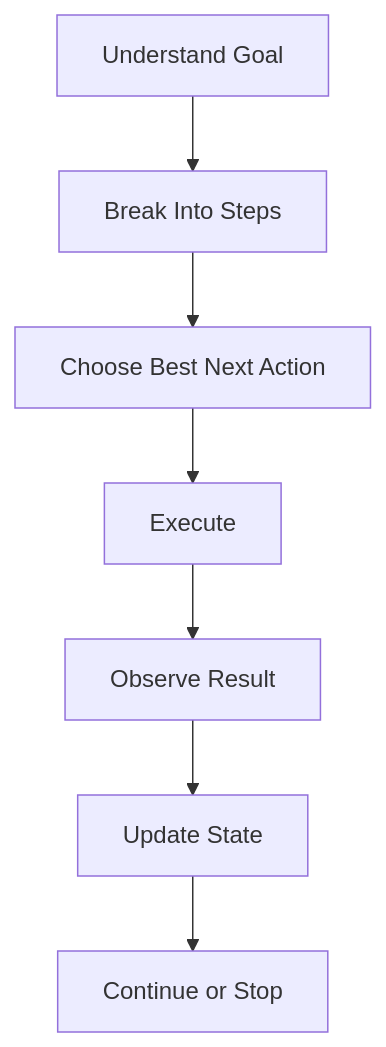
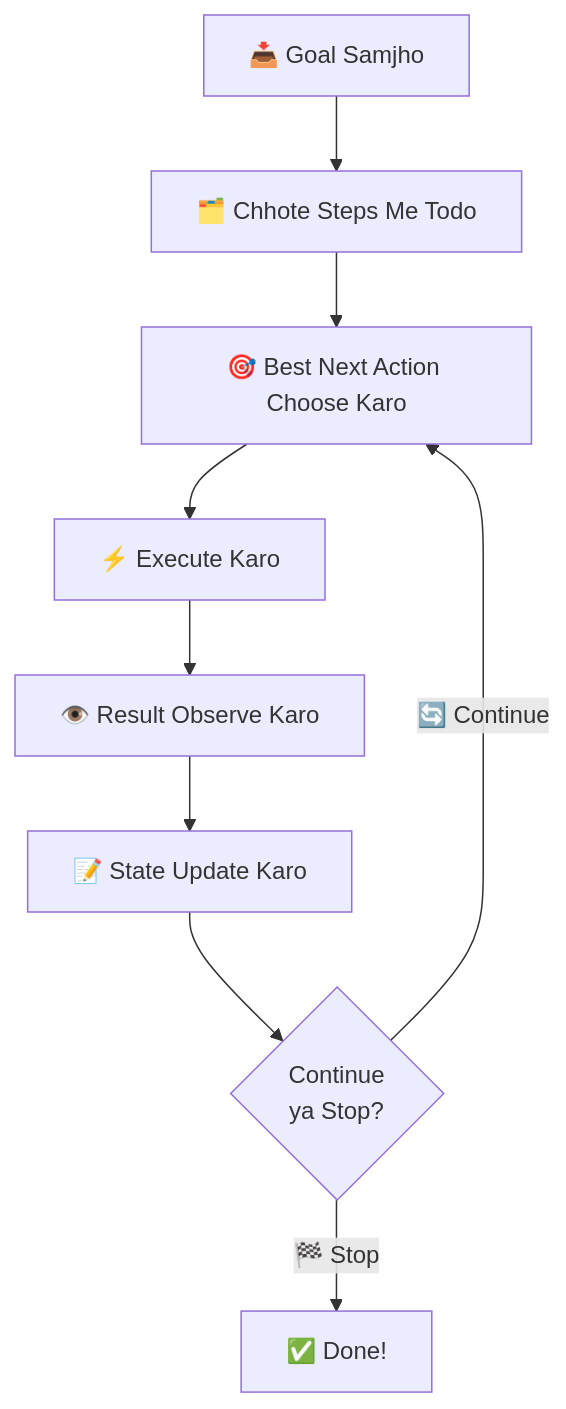
The fifth of 15 diagrams in docs/ai/Agentic_AI_Guide.md (Sameer-Malik20/SusaGPT-Build-LLM-From-Scratch-With-Hinglish-Learning-Material), drawn with Mermaid before and after one commit. The commit also changed other lines of this file and 10 other files, not shown here.

````diff
--- a/docs/ai/Agentic_AI_Guide.md
+++ b/docs/ai/Agentic_AI_Guide.md
@@ -123,9 +138,11 @@
 ```mermaid
 flowchart TD
-    A[Understand Goal] --> B[Break Into Steps]
-    B --> C[Choose Best Next Action]
-    C --> D[Execute]
-    D --> E[Observe Result]
-    E --> F[Update State]
-    F --> G[Continue or Stop]
+    A["📥 Goal Samjho"] --> B["🗂️ Chhote Steps Me Todo"]
+    B --> C["🎯 Best Next Action Choose Karo"]
+    C --> D["⚡ Execute Karo"]
+    D --> E["👁️ Result Observe Karo"]
+    E --> F["📝 State Update Karo"]
+    F --> G{"Continue\nya Stop?"}
+    G -- "🔄 Continue" --> C
+    G -- "🏁 Stop" --> H["✅ Done!"]
 ```
````
